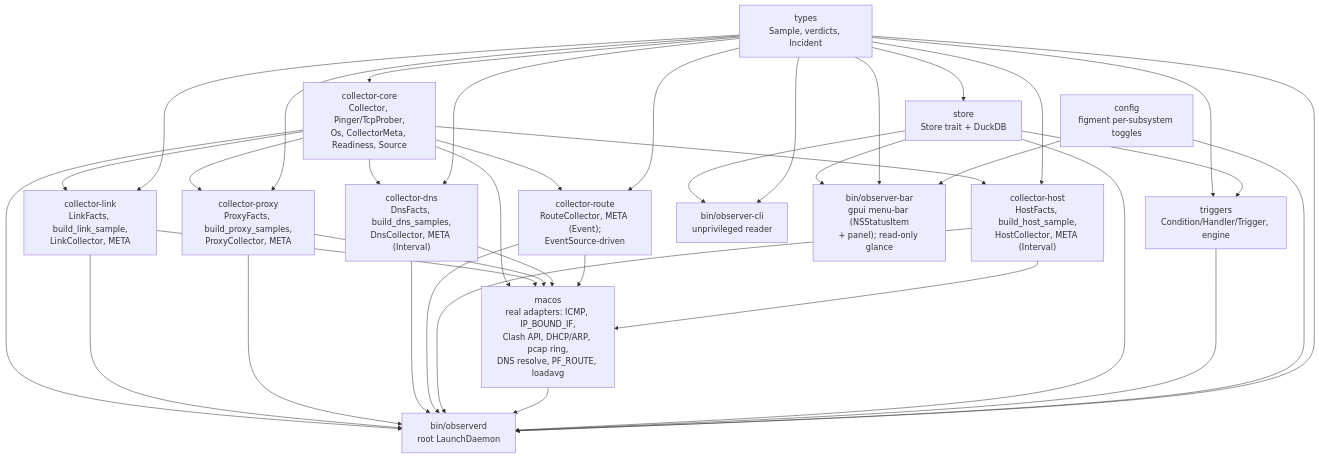
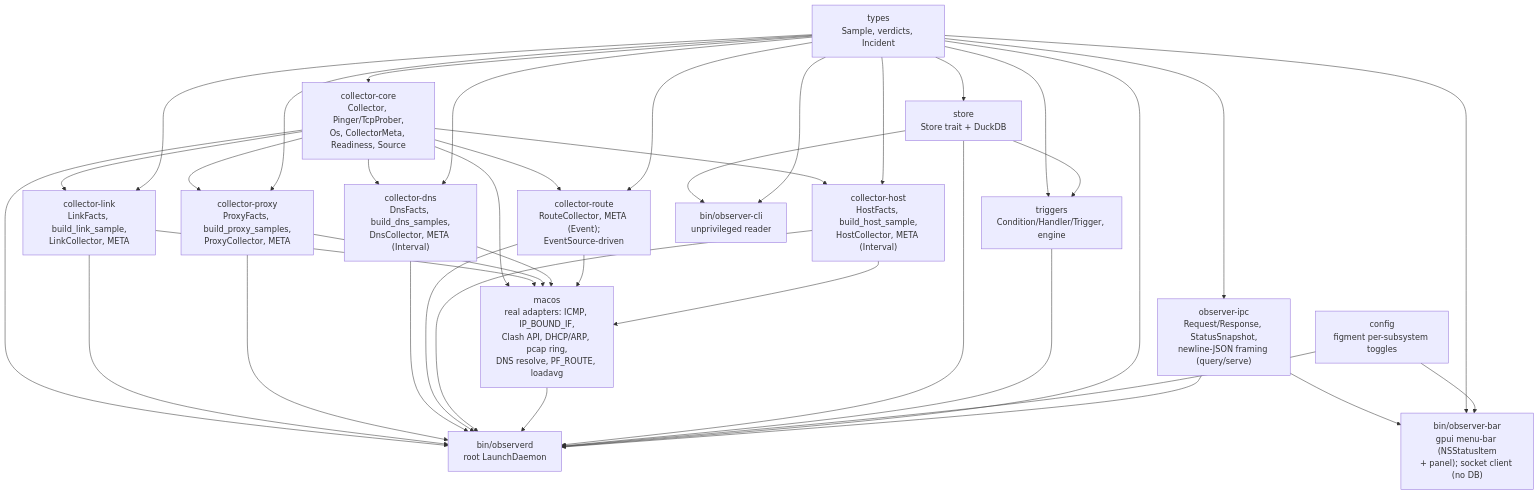
Before and after one commit to gurinderu/net-observer: the second of 3 diagrams in ARCHITECTURE.md, drawn with Mermaid. The commit also changed other lines of this file and 18 other files, not shown here.

Commit message:
feat(ipc): local socket API — observerd serves live StatusSnapshot; observer-bar is a pure socket client (no DuckDB)

````diff
--- a/ARCHITECTURE.md
+++ b/ARCHITECTURE.md
@@ -94,59 +112,62 @@
 ```mermaid
 graph TD
     types["types\nSample, verdicts, Incident"]
+    ipc["observer-ipc\nRequest/Response, StatusSnapshot,\nnewline-JSON framing (query/serve)"]
     store["store\nStore trait + DuckDB"]
     ccore["collector-core\nCollector, Pinger/TcpProber,\nOs, CollectorMeta, Readiness, Source"]
     clink["collector-link\nLinkFacts, build_link_sample,\nLinkCollector, META"]
     cproxy["collector-proxy\nProxyFacts, build_proxy_samples,\nProxyCollector, META"]
     cdns["collector-dns\nDnsFacts, build_dns_samples,\nDnsCollector, META (Interval)"]
     croute["collector-route\nRouteCollector, META (Event);\nEventSource-driven"]
     chost["collector-host\nHostFacts, build_host_sample,\nHostCollector, META (Interval)"]
     triggers["triggers\nCondition/Handler/Trigger, engine"]
     config["config\nfigment per-subsystem toggles"]
     macos["macos\nreal adapters: ICMP, IP_BOUND_IF,\nClash API, DHCP/ARP, pcap ring,\nDNS resolve, PF_ROUTE, loadavg"]
     observerd["bin/observerd\nroot LaunchDaemon"]
     cli["bin/observer-cli\nunprivileged reader"]
-    bar["bin/observer-bar\ngpui menu-bar (NSStatusItem\n+ panel); read-only glance"]
+    bar["bin/observer-bar\ngpui menu-bar (NSStatusItem\n+ panel); socket client (no DB)"]
 
     types --> ccore
     types --> store
     types --> triggers
+    types --> ipc
     ccore --> clink
     ccore --> cproxy
     ccore --> cdns
     ccore --> croute
     ccore --> chost
     types --> clink
     types --> cproxy
     types --> cdns
     types --> croute
     types --> chost
 
     ccore --> macos
     clink --> macos
     cproxy --> macos
     cdns --> macos
     croute --> macos
     chost --> macos
 
     store --> triggers
 
     ccore --> observerd
     clink --> observerd
     cproxy --> observerd
     cdns --> observerd
     croute --> observerd
     chost --> observerd
     macos --> observerd
     store --> observerd
     triggers --> observerd
     config --> observerd
     types --> observerd
+    ipc --> observerd
 
     store --> cli
     types --> cli
 
-    store --> bar
+    ipc --> bar
     types --> bar
     config --> bar
 ```
````
